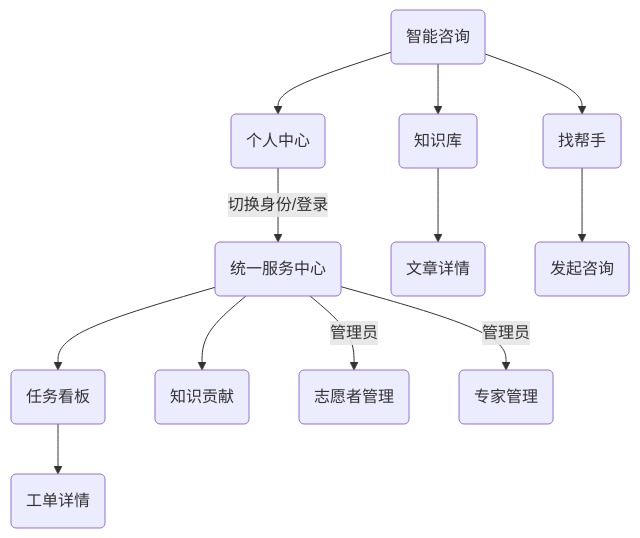
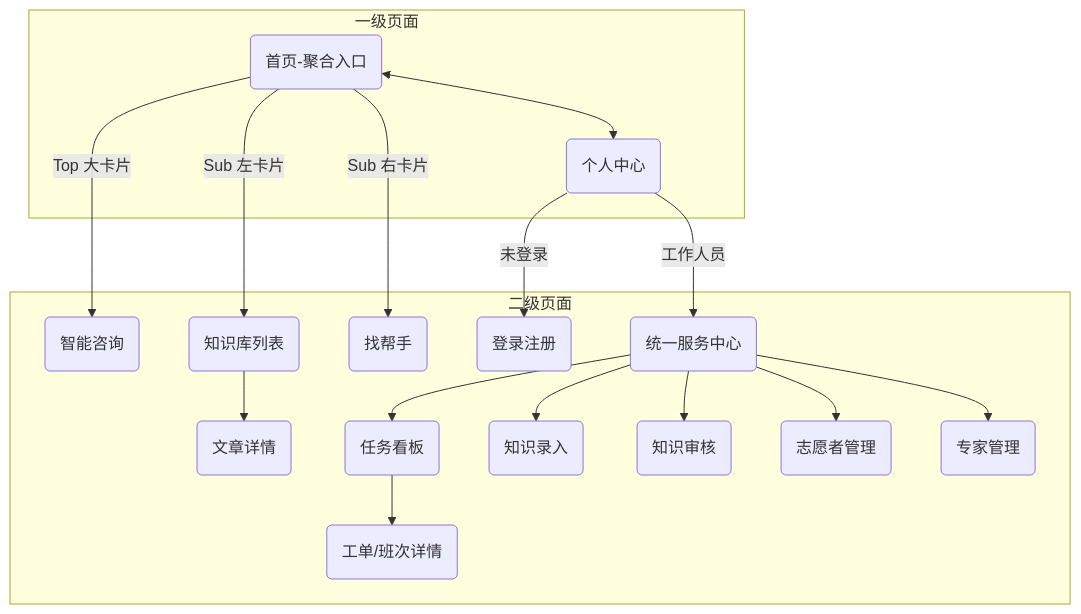
Before and after one commit to Young-Hearts-Agent-Platform-developer/Young-Hearts-Agent-Platform-frontend-react: the diagram in docs/“心青年”智能体平台-前端界面设计方案.md, drawn with Mermaid. The commit also changed other lines of this file and 2 other files, not shown here.

````diff
--- a/docs/“心青年”智能体平台-前端界面设计方案.md
+++ b/docs/“心青年”智能体平台-前端界面设计方案.md
@@ -57,18 +74,46 @@
 ```mermaid
 graph TD
-  Home(智能咨询) --> Wiki(知识库)
-  Home --> Helpers(找帮手)
-  Home --> Profile(个人中心)
+  subgraph Level1 [一级页面]
+    Home(首页-聚合入口)
+    Profile(个人中心)
+  end
+
+  subgraph Level2 [二级页面]
+    Chat(智能咨询)
+    WikiList(知识库列表)
+    HelperWall(找帮手)
+    WikiDetail(文章详情)
+    
+    Login(登录注册)
+    
+    Dashboard(统一服务中心)
+    TaskBoard(任务看板)
+    TaskDetail(工单/班次详情)
+    Contrib(知识录入)
+    Review(知识审核)
+    VolManage(志愿者管理)
+    ExpManage(专家管理)
+  end
+
+  %% 底部导航连接
+  Home <--> Profile
+
+  %% 首页(家属)链路
+  Home -->|Top 大卡片| Chat
+  Home -->|Sub 左卡片| WikiList
+  Home -->|Sub 右卡片| HelperWall
+  WikiList --> WikiDetail
+
+  %% 个人中心链路
+  Profile -->|未登录| Login
+  Profile -->|工作人员| Dashboard
   
-  Profile -->|切换身份/登录| Dashboard(统一服务中心)
+  %% 服务中心链路
+  Dashboard --> TaskBoard
+  Dashboard --> Contrib
+  Dashboard --> Review
+  Dashboard --> VolManage
+  Dashboard --> ExpManage
   
-  Dashboard --> TaskBoard(任务看板)
-  Dashboard --> Contribution(知识贡献)
-  Dashboard -->|管理员| VolManage(志愿者管理)
-  Dashboard -->|管理员| ExpManage(专家管理)
-
-  Wiki --> WikiDetail(文章详情)
-  Helpers --> Chat(发起咨询)
-  
-  TaskBoard --> TaskDetail(工单详情)
+  TaskBoard --> TaskDetail
 ```
````
